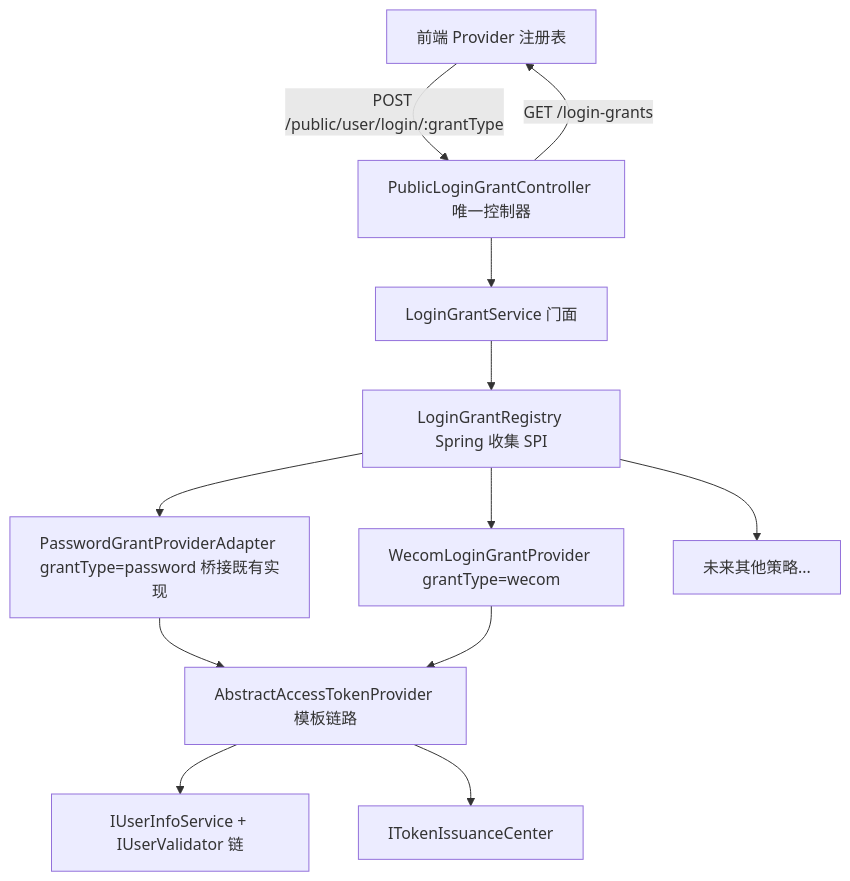
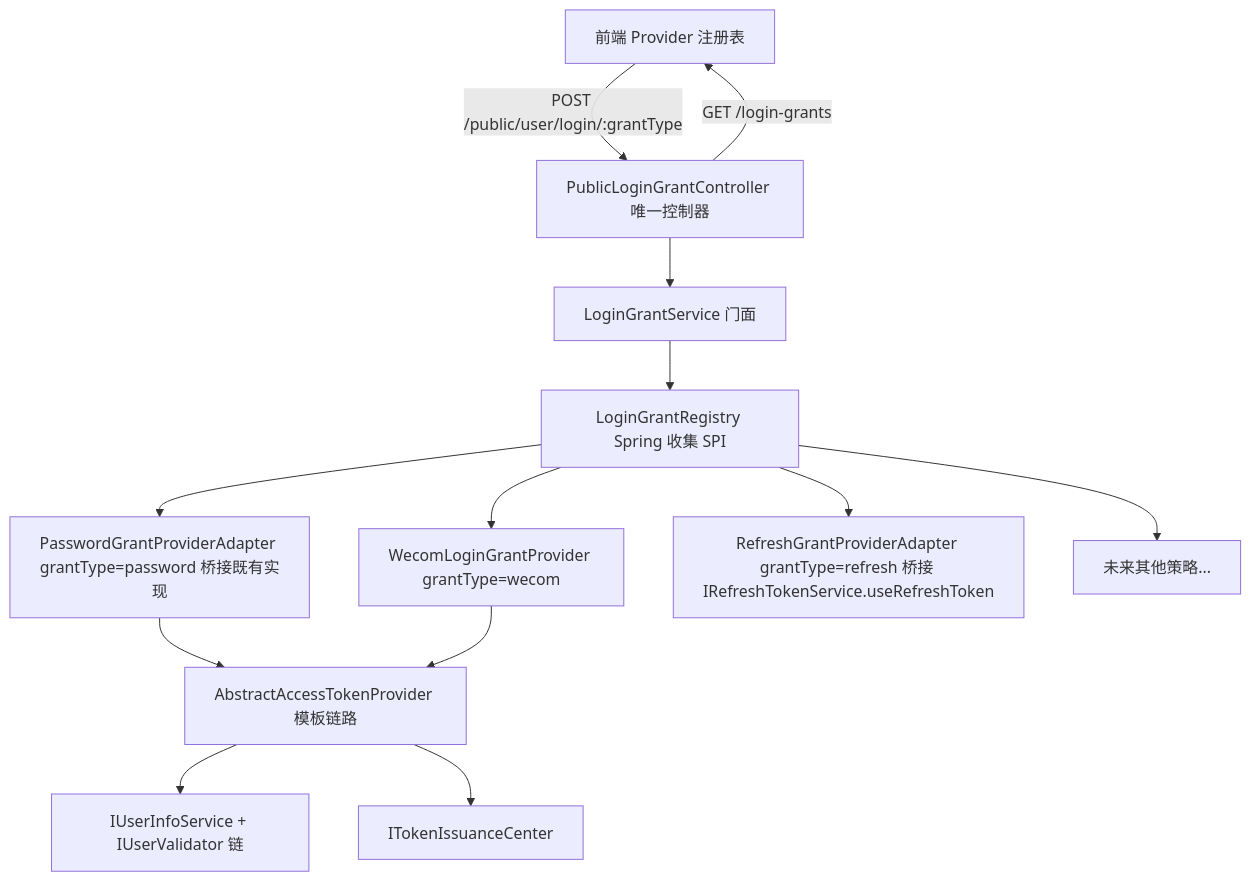
Before and after one commit to tongjames0923/abstergo_solution: the second of 3 diagrams in docs/login-pluggable-architecture.md, drawn with Mermaid. The commit also changed 4 other files, not shown here.

````diff
--- a/docs/login-pluggable-architecture.md
+++ b/docs/login-pluggable-architecture.md
@@ -188,14 +188,15 @@
 ```mermaid
 graph TD
     FE[前端 Provider 注册表] -->|POST /public/user/login/:grantType| C[PublicLoginGrantController 唯一控制器]
     C --> S[LoginGrantService 门面]
     S --> R[LoginGrantRegistry Spring 收集 SPI]
     R --> P1[PasswordGrantProviderAdapter grantType=password 桥接既有实现]
     R --> P2[WecomLoginGrantProvider grantType=wecom]
+    R --> PR[RefreshGrantProviderAdapter grantType=refresh 桥接 IRefreshTokenService.useRefreshToken]
     R --> PN[未来其他策略...]
     P1 --> T[AbstractAccessTokenProvider 模板链路]
     P2 --> T
     T --> U[IUserInfoService + IUserValidator 链]
     T --> I[ITokenIssuanceCenter]
     C -->|GET /login-grants| FE
 ```
````
